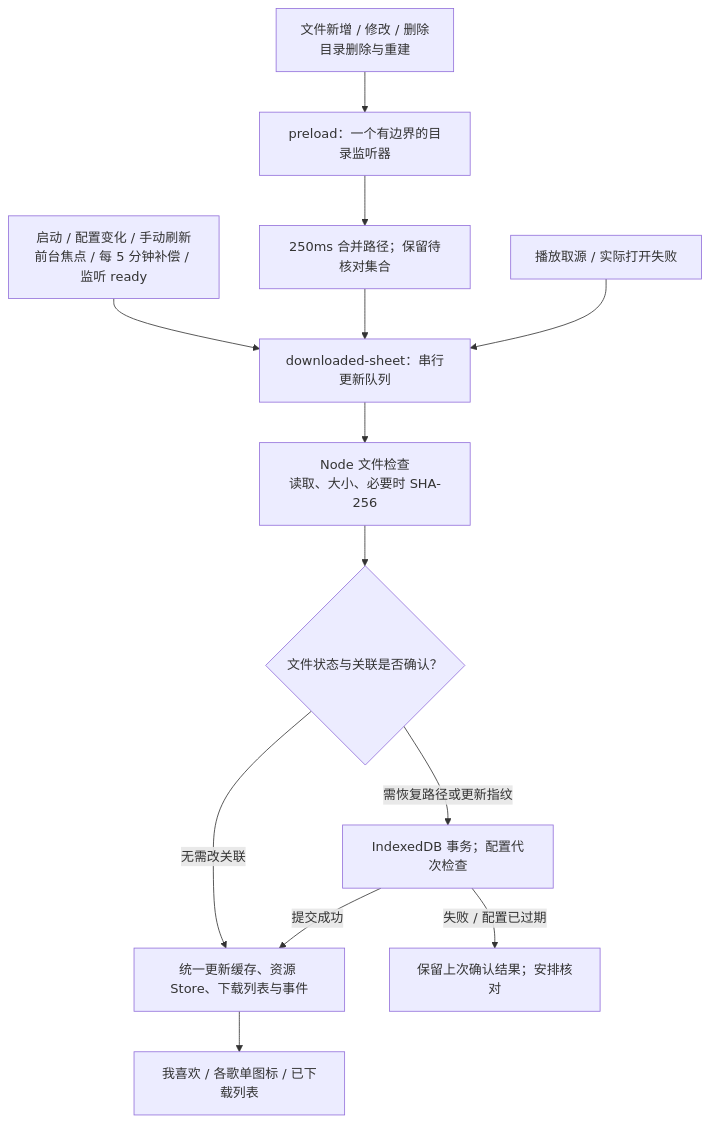
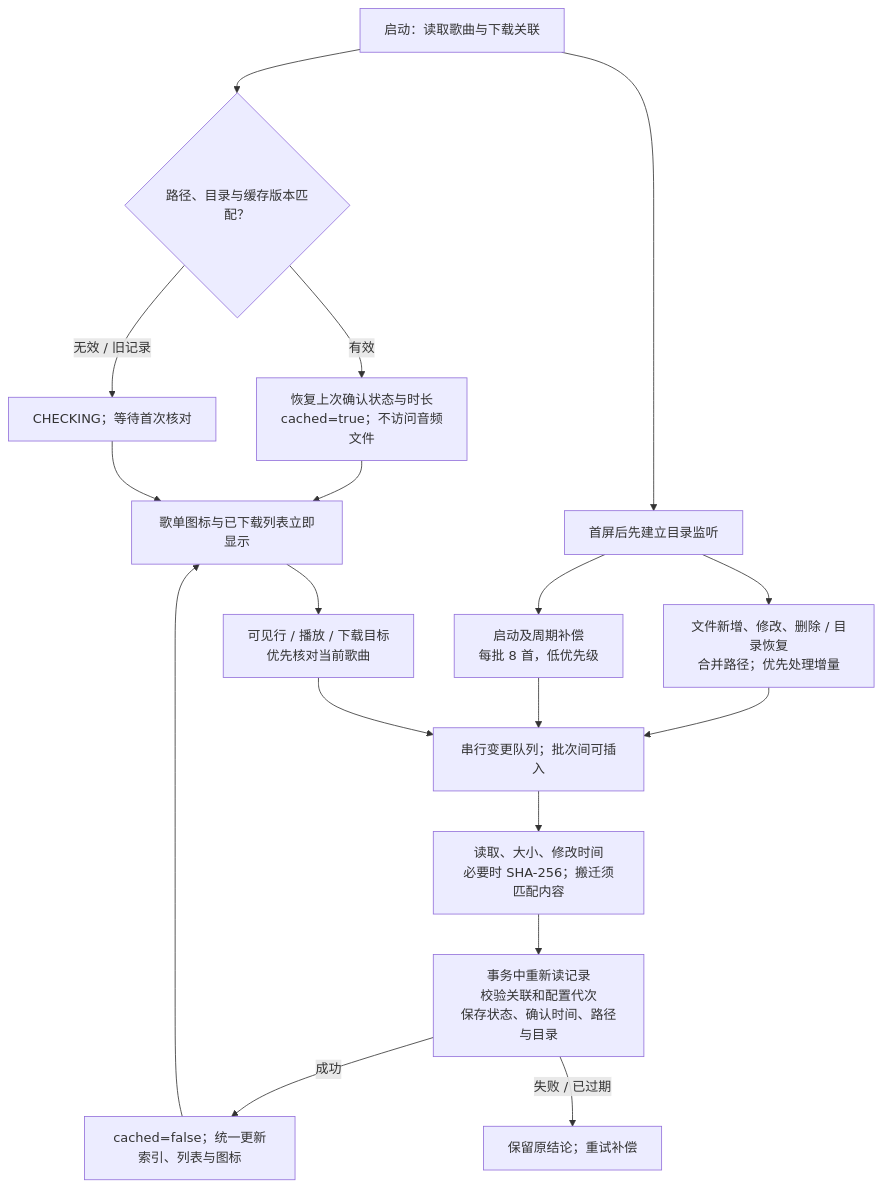
The first of 2 diagrams in docs/knowledge-base/10-download-file-state.md (Brraida/MusicFreeDesktop), drawn with Mermaid before and after one commit. The commit also changed other lines of this file and 8 other files, not shown here.

````diff
--- a/docs/knowledge-base/10-download-file-state.md
+++ b/docs/knowledge-base/10-download-file-state.md
@@ -24,15 +25,20 @@
 ```mermaid
 flowchart TB
-    Events["文件新增 / 修改 / 删除<br/>目录删除与重建"] --> Watch["preload：一个有边界的目录监听器"]
-    Watch --> Batch["250ms 合并路径；保留待核对集合"]
-    Triggers["启动 / 配置变化 / 手动刷新<br/>前台焦点 / 每 5 分钟补偿 / 监听 ready"] --> Queue
-    Batch --> Queue["downloaded-sheet：串行更新队列"]
-    Play["播放取源 / 实际打开失败"] --> Queue
-    Queue --> Disk["Node 文件检查<br/>读取、大小、必要时 SHA-256"]
-    Disk --> Decision{"文件状态与关联是否确认？"}
-    Decision -->|"需恢复路径或更新指纹"| DB["IndexedDB 事务；配置代次检查"]
-    Decision -->|"无需改关联"| Publish
-    DB -->|"提交成功"| Publish["统一更新缓存、资源 Store、下载列表与事件"]
-    DB -->|"失败 / 配置已过期"| Keep["保留上次确认结果；安排核对"]
-    Publish --> UI["我喜欢 / 各歌单图标 / 已下载列表"]
+    Boot["启动：读取歌曲与下载关联"] --> Cache{"路径、目录与缓存版本匹配？"}
+    Cache -->|"有效"| Restore["恢复上次确认状态与时长<br/>cached=true；不访问音频文件"]
+    Cache -->|"无效 / 旧记录"| Pending["CHECKING；等待首次核对"]
+    Restore --> UI["歌单图标与已下载列表立即显示"]
+    Pending --> UI
+    Boot --> Watch["首屏后先建立目录监听"]
+    Watch --> Events["文件新增、修改、删除 / 目录恢复<br/>合并路径；优先处理增量"]
+    Watch --> Baseline["启动及周期补偿<br/>每批 8 首，低优先级"]
+    UI --> Visible["可见行 / 播放 / 下载目标<br/>优先核对当前歌曲"]
+    Events --> Queue["串行变更队列；批次间可插入"]
+    Baseline --> Queue
+    Visible --> Queue
+    Queue --> Disk["读取、大小、修改时间<br/>必要时 SHA-256；搬迁须匹配内容"]
+    Disk --> DB["事务中重新读记录<br/>校验关联和配置代次<br/>保存状态、确认时间、路径与目录"]
+    DB -->|"成功"| Publish["cached=false；统一更新索引、列表与图标"]
+    DB -->|"失败 / 已过期"| Keep["保留原结论；重试补偿"]
+    Publish --> UI
 ```
````
